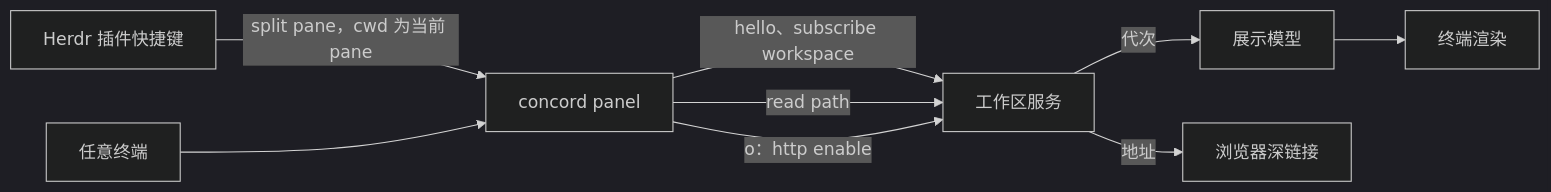
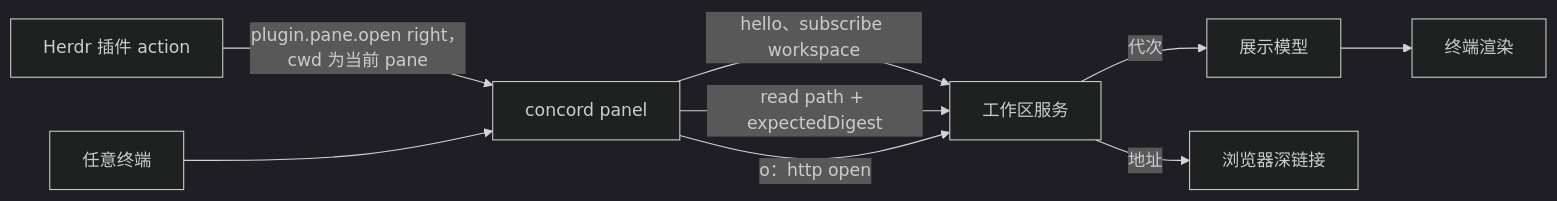
The diagram in docs/feature/herdr-panel/architecture.md (CorrectRoadH/Concord), drawn with Mermaid (dark theme) before and after one commit. The commit also changed other lines of this file and 9 other files, not shown here.

````diff
--- a/docs/feature/herdr-panel/architecture.md
+++ b/docs/feature/herdr-panel/architecture.md
@@ -18,11 +18,11 @@
 ```mermaid
 flowchart LR
-  Herdr[Herdr 插件快捷键] -->|split pane，cwd 为当前 pane| Panel[concord panel]
+  Herdr[Herdr 插件 action] -->|plugin.pane.open right，cwd 为当前 pane| Panel[concord panel]
   Shell[任意终端] --> Panel
   Panel -->|hello、subscribe workspace| Server[工作区服务]
   Server -->|代次| Model[展示模型]
-  Panel -->|read path| Server
+  Panel -->|read path + expectedDigest| Server
   Model --> Render[终端渲染]
-  Panel -->|o：http enable| Server
+  Panel -->|o：http open| Server
   Server -->|地址| Browser[浏览器深链接]
 ```
````
